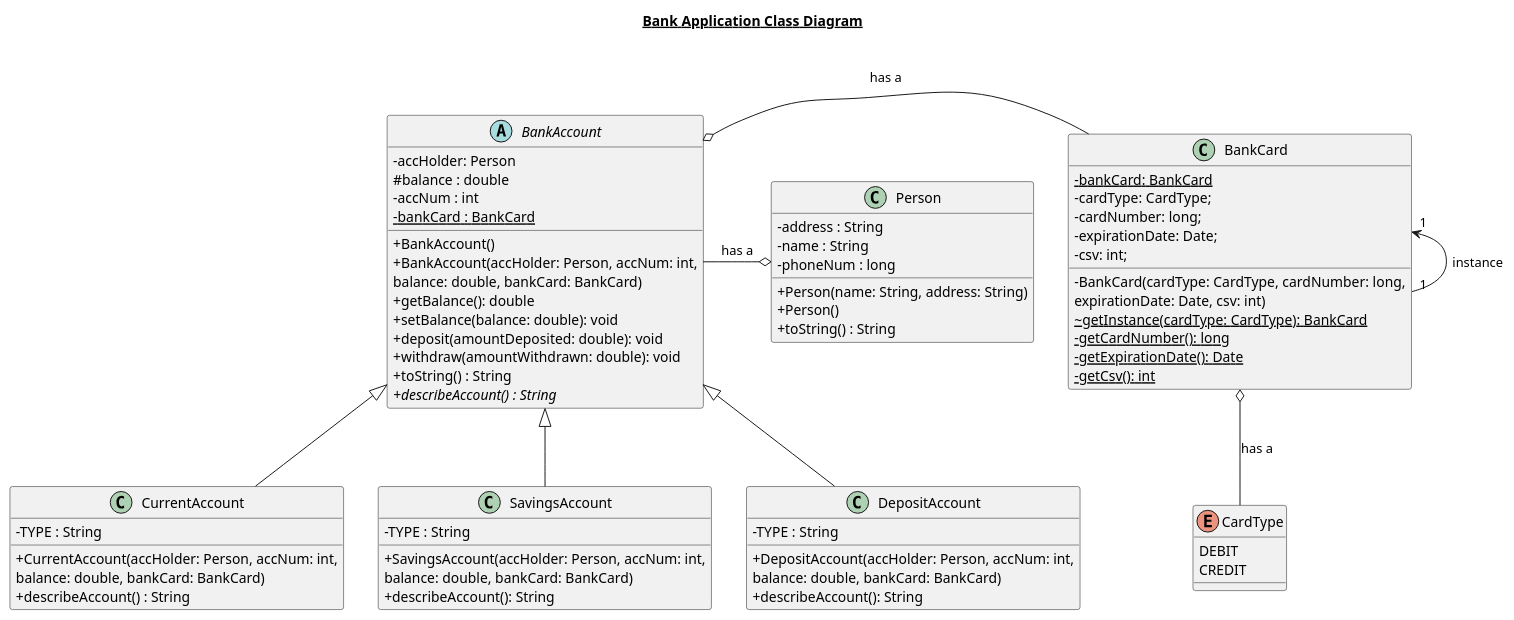
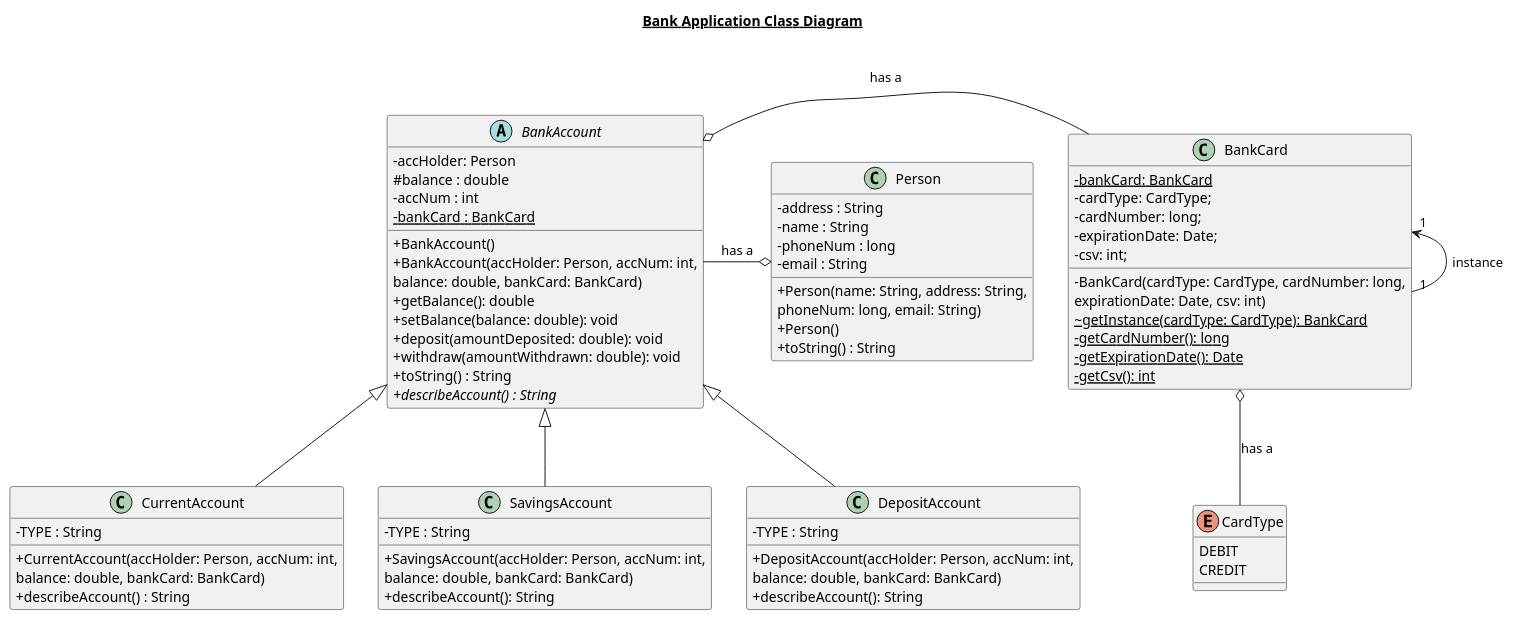
One commit to GraceOSullivan/SoftwareDesignPatterns changed the diagram in PlantUMLDiagrams/Observer/BeforeObserver - DepositAndWithdrawMethod.puml. Above: the diagram before and after it, drawn with PlantUML. The commit also changed 13 other files, not shown here.

```diff
--- a/PlantUMLDiagrams/Observer/BeforeObserver - DepositAndWithdrawMethod.puml
+++ b/PlantUMLDiagrams/Observer/BeforeObserver - DepositAndWithdrawMethod.puml
@@ -1,80 +1,82 @@
 @startuml
 skinparam classAttributeIconSize 0
 
 
 title __Bank Application Class Diagram__\n
 
 abstract class BankAccount {
     - accHolder: Person
     # balance : double
     - accNum : int
     - {static} bankCard : BankCard
     + BankAccount()
     + BankAccount(accHolder: Person, accNum: int,
     balance: double, bankCard: BankCard)
     + getBalance(): double
     + setBalance(balance: double): void
     + deposit(amountDeposited: double): void
     + withdraw(amountWithdrawn: double): void
     + toString() : String
     {abstract} + describeAccount() : String
  }
 
  class CurrentAccount {
     - TYPE : String
     + CurrentAccount(accHolder: Person, accNum: int,
     balance: double, bankCard: BankCard)
     + describeAccount() : String
  }
 
  class Person {
     - address : String
     - name : String
     - phoneNum : long
-    + Person(name: String, address: String)
+    - email : String
+    + Person(name: String, address: String,
+    phoneNum: long, email: String)
     + Person()
     + toString() : String
  }
 
  class SavingsAccount {
     - TYPE : String
     + SavingsAccount(accHolder: Person, accNum: int,
     balance: double, bankCard: BankCard)
     + describeAccount(): String
  }
 
  class DepositAccount {
     - TYPE : String
     + DepositAccount(accHolder: Person, accNum: int,
     balance: double, bankCard: BankCard)
     + describeAccount(): String
  }
 
  class BankCard {
      - {static} bankCard: BankCard
      - cardType: CardType;
      - cardNumber: long;
      - expirationDate: Date;
      - csv: int;
      - BankCard(cardType: CardType, cardNumber: long,
      expirationDate: Date, csv: int)
      ~ {static} getInstance(cardType: CardType): BankCard
      - {static} getCardNumber(): long
      - {static} getExpirationDate(): Date
      - {static} getCsv(): int
  }
 
 enum CardType {
   DEBIT
   CREDIT
 }
 
   BankAccount -right-o Person : has a
   BankAccount o-right- BankCard : has a
   BankCard o-down- CardType : has a
   CurrentAccount -up-|> BankAccount
   SavingsAccount -up-|> BankAccount
   DepositAccount -up-|> BankAccount
   BankCard "1" -up-> "1" BankCard: instance
 
 @enduml
```
